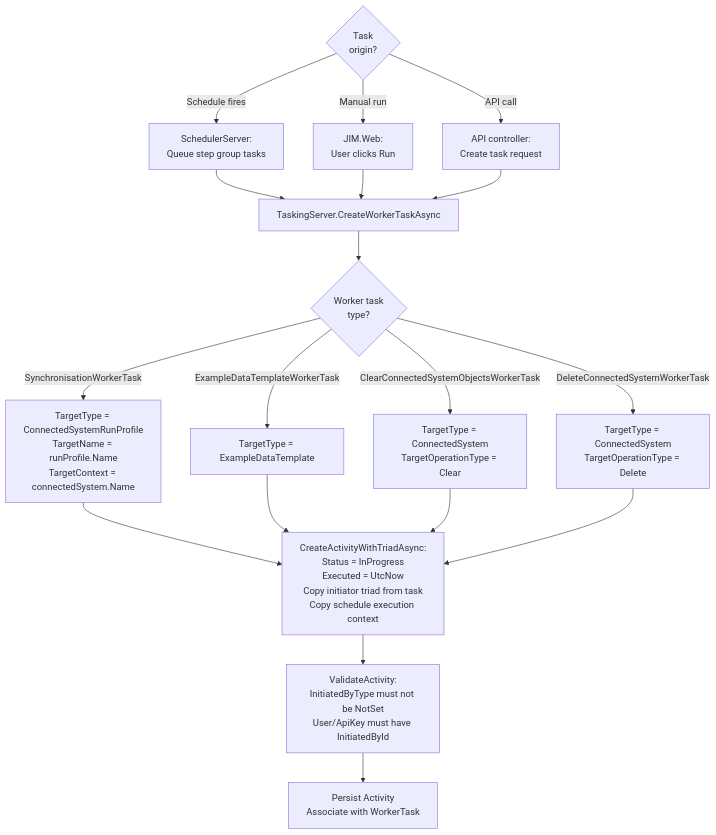
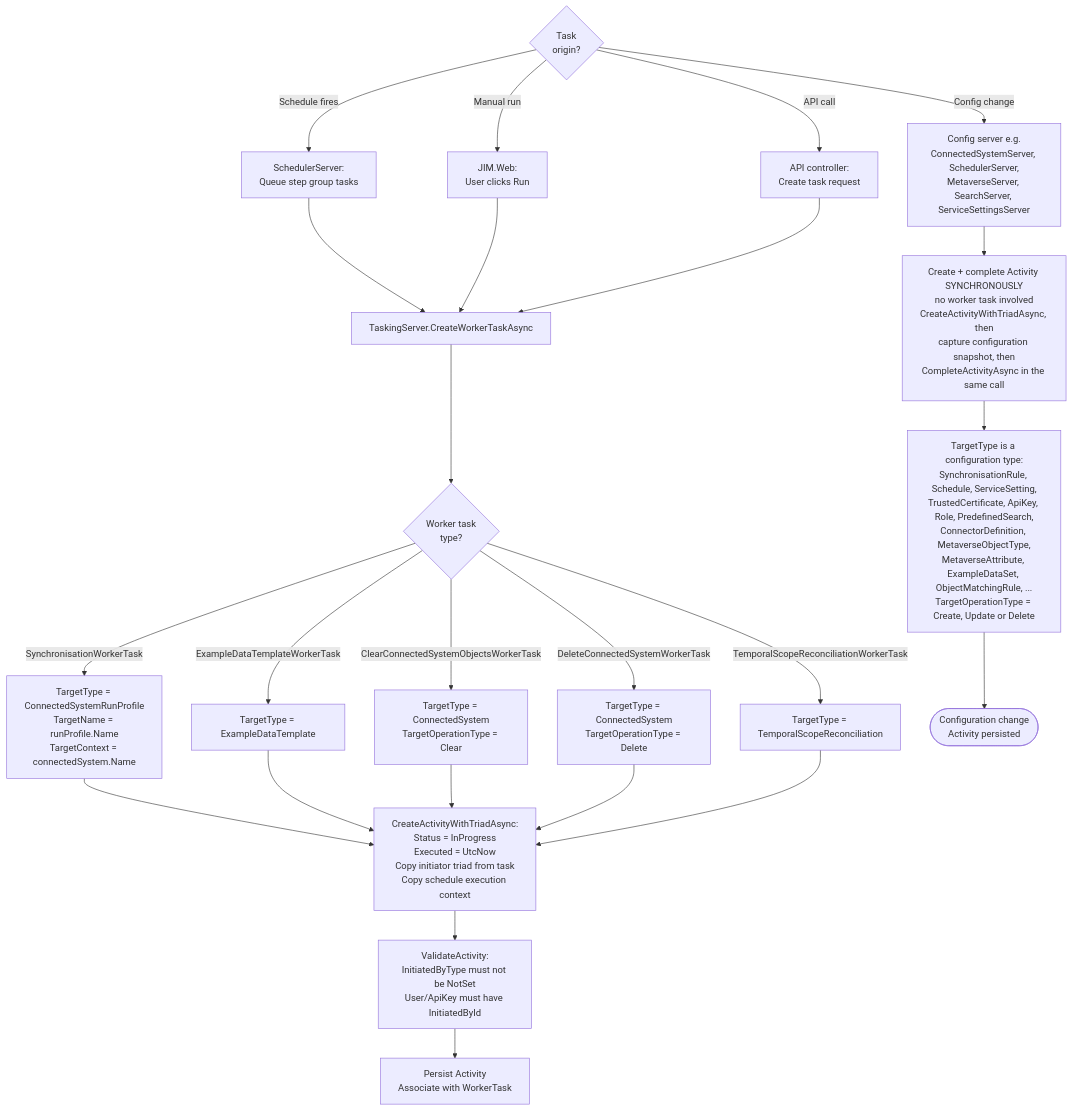
Before and after one commit to TetronIO/JIM: the first of 6 diagrams in docs/developer/diagrams/ACTIVITY_AND_RPEI_FLOW.md, drawn with Mermaid. The commit also changed other lines of this file and 32 other files, not shown here.

````diff
--- a/docs/developer/diagrams/ACTIVITY_AND_RPEI_FLOW.md
+++ b/docs/developer/diagrams/ACTIVITY_AND_RPEI_FLOW.md
@@ -23,27 +25,35 @@
 ```mermaid
 flowchart TD
     Trigger{Task<br/>origin?}
 
     Trigger -->|Schedule fires| Scheduler[SchedulerServer:<br/>Queue step group tasks]
     Trigger -->|Manual run| Web[JIM.Web:<br/>User clicks Run]
     Trigger -->|API call| Api[API controller:<br/>Create task request]
+    Trigger -->|Config change| ConfigServer[Config server e.g.<br/>ConnectedSystemServer, SchedulerServer,<br/>MetaverseServer, SearchServer, ServiceSettingsServer]
 
     Scheduler --> CreateTask[TaskingServer.CreateWorkerTaskAsync]
     Web --> CreateTask
     Api --> CreateTask
 
     CreateTask --> TaskType{Worker task<br/>type?}
     TaskType -->|SynchronisationWorkerTask| SyncActivity[TargetType = ConnectedSystemRunProfile<br/>TargetName = runProfile.Name<br/>TargetContext = connectedSystem.Name]
     TaskType -->|ExampleDataTemplateWorkerTask| DataGenActivity[TargetType = ExampleDataTemplate]
     TaskType -->|ClearConnectedSystemObjectsWorkerTask| ClearActivity[TargetType = ConnectedSystem<br/>TargetOperationType = Clear]
     TaskType -->|DeleteConnectedSystemWorkerTask| DeleteActivity[TargetType = ConnectedSystem<br/>TargetOperationType = Delete]
+    TaskType -->|TemporalScopeReconciliationWorkerTask| TemporalActivity[TargetType = TemporalScopeReconciliation]
 
     SyncActivity --> CreateActivity
     DataGenActivity --> CreateActivity
     ClearActivity --> CreateActivity
     DeleteActivity --> CreateActivity
+    TemporalActivity --> CreateActivity
+
+    %% --- Configuration change: created synchronously, no worker task (#14) ---
+    ConfigServer --> ConfigActivity[Create + complete Activity SYNCHRONOUSLY<br/>no worker task involved<br/>CreateActivityWithTriadAsync, then<br/>capture configuration snapshot, then<br/>CompleteActivityAsync in the same call]
+    ConfigActivity --> ConfigTargets[TargetType is a configuration type:<br/>SynchronisationRule, Schedule, ServiceSetting,<br/>TrustedCertificate, ApiKey, Role, PredefinedSearch,<br/>ConnectorDefinition, MetaverseObjectType,<br/>MetaverseAttribute, ExampleDataSet, ObjectMatchingRule, ...<br/>TargetOperationType = Create, Update or Delete]
+    ConfigTargets --> ConfigDone([Configuration change<br/>Activity persisted])
 
     CreateActivity[CreateActivityWithTriadAsync:<br/>Status = InProgress<br/>Executed = UtcNow<br/>Copy initiator triad from task<br/>Copy schedule execution context]
     CreateActivity --> Validate[ValidateActivity:<br/>InitiatedByType must not be NotSet<br/>User/ApiKey must have InitiatedById]
     Validate --> Persist[Persist Activity<br/>Associate with WorkerTask]
 ```
````
